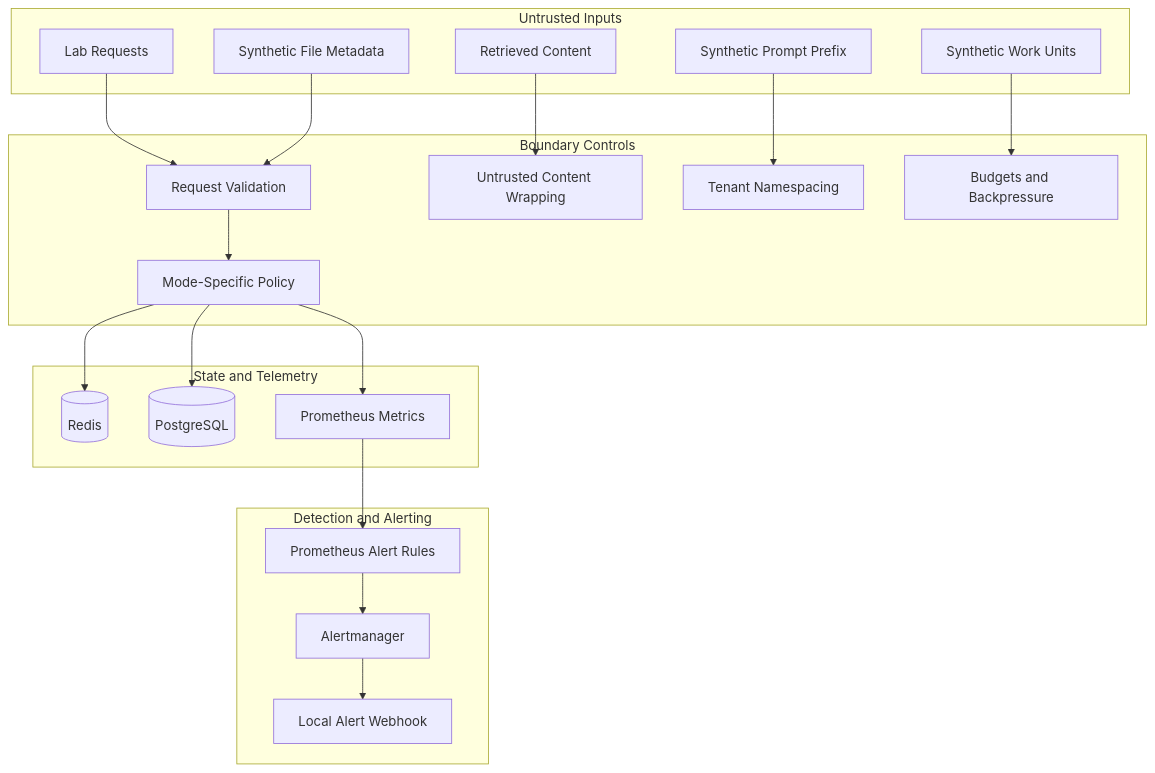
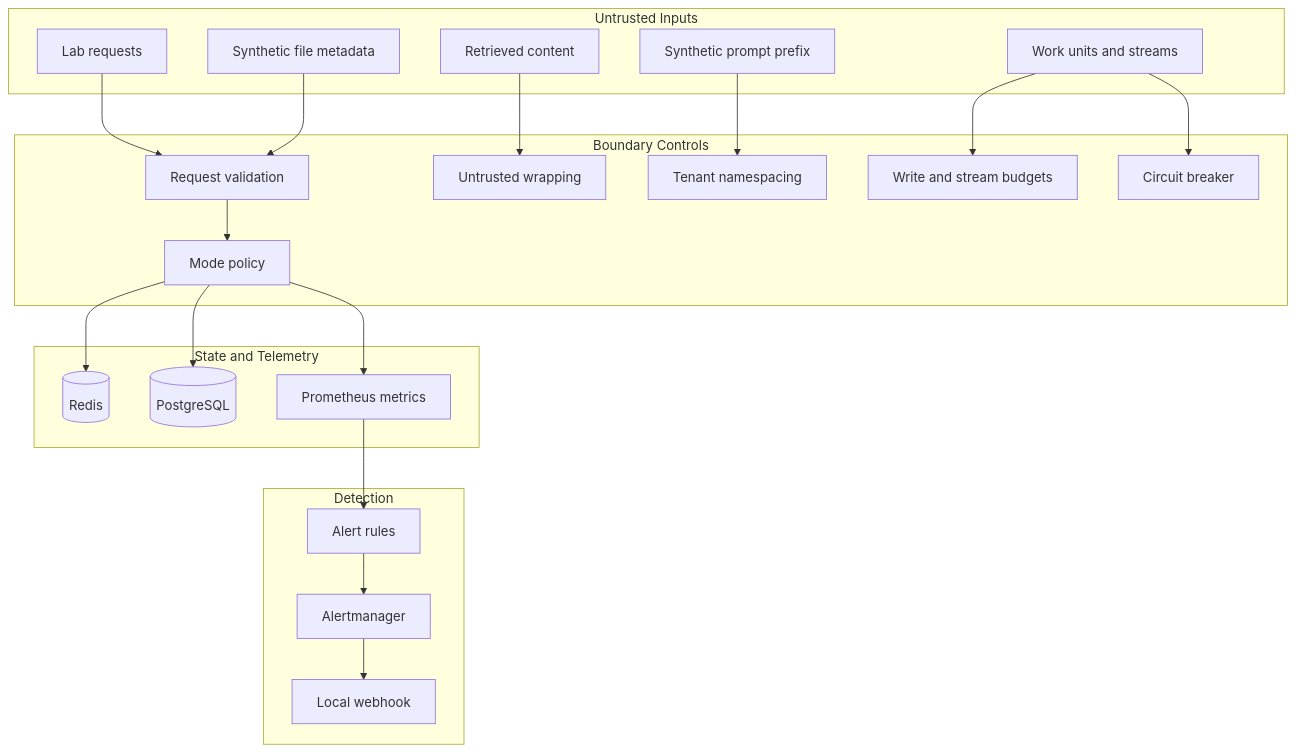
One commit to codethor0/boundary-layer changed the fifth of 13 diagrams in docs/DIAGRAMS.md. Above: the diagram before and after it, drawn with Mermaid. The commit also changed other lines of this file and 17 other files, not shown here.

````diff
--- a/docs/DIAGRAMS.md
+++ b/docs/DIAGRAMS.md
@@ -63,45 +81,44 @@
 ```mermaid
 flowchart TB
     subgraph Untrusted[Untrusted Inputs]
-        Requests[Lab Requests]
-        Retrieved[Retrieved Content]
-        FileMeta[Synthetic File Metadata]
-        PromptPrefix[Synthetic Prompt Prefix]
-        WorkUnits[Synthetic Work Units]
+        Req[Lab requests]
+        Retrieved[Retrieved content]
+        FileMeta[Synthetic file metadata]
+        Prefix[Synthetic prompt prefix]
+        Work[Work units and streams]
     end
 
-    subgraph Boundary[Boundary Controls]
-        Validation[Request Validation]
-        Policy[Mode-Specific Policy]
-        Wrapping[Untrusted Content Wrapping]
-        Namespacing[Tenant Namespacing]
-        Throttling[Budgets and Backpressure]
+    subgraph Controls[Boundary Controls]
+        Val[Request validation]
+        Policy[Mode policy]
+        Wrap[Untrusted wrapping]
+        NS[Tenant namespacing]
+        Budget[Write and stream budgets]
+        CB[Circuit breaker]
     end
 
     subgraph State[State and Telemetry]
         Redis[(Redis)]
-        Postgres[(PostgreSQL)]
-        Metrics[Prometheus Metrics]
+        PG[(PostgreSQL)]
+        M[Prometheus metrics]
     end
 
-    subgraph Detection[Detection and Alerting]
-        Rules[Prometheus Alert Rules]
-        Alertmanager[Alertmanager]
-        Webhook[Local Alert Webhook]
+    subgraph Detect[Detection]
+        Rules[Alert rules]
+        AM[Alertmanager]
+        Hook[Local webhook]
     end
 
-    Requests --> Validation
-    Retrieved --> Wrapping
-    FileMeta --> Validation
-    PromptPrefix --> Namespacing
-    WorkUnits --> Throttling
+    Req --> Val
+    Retrieved --> Wrap
+    FileMeta --> Val
+    Prefix --> NS
+    Work --> Budget
+    Work --> CB
 
-    Validation --> Policy
+    Val --> Policy
     Policy --> Redis
-    Policy --> Postgres
-    Policy --> Metrics
-
-    Metrics --> Rules
-    Rules --> Alertmanager
-    Alertmanager --> Webhook
+    Policy --> PG
+    Policy --> M
+    M --> Rules --> AM --> Hook
 ```
````
